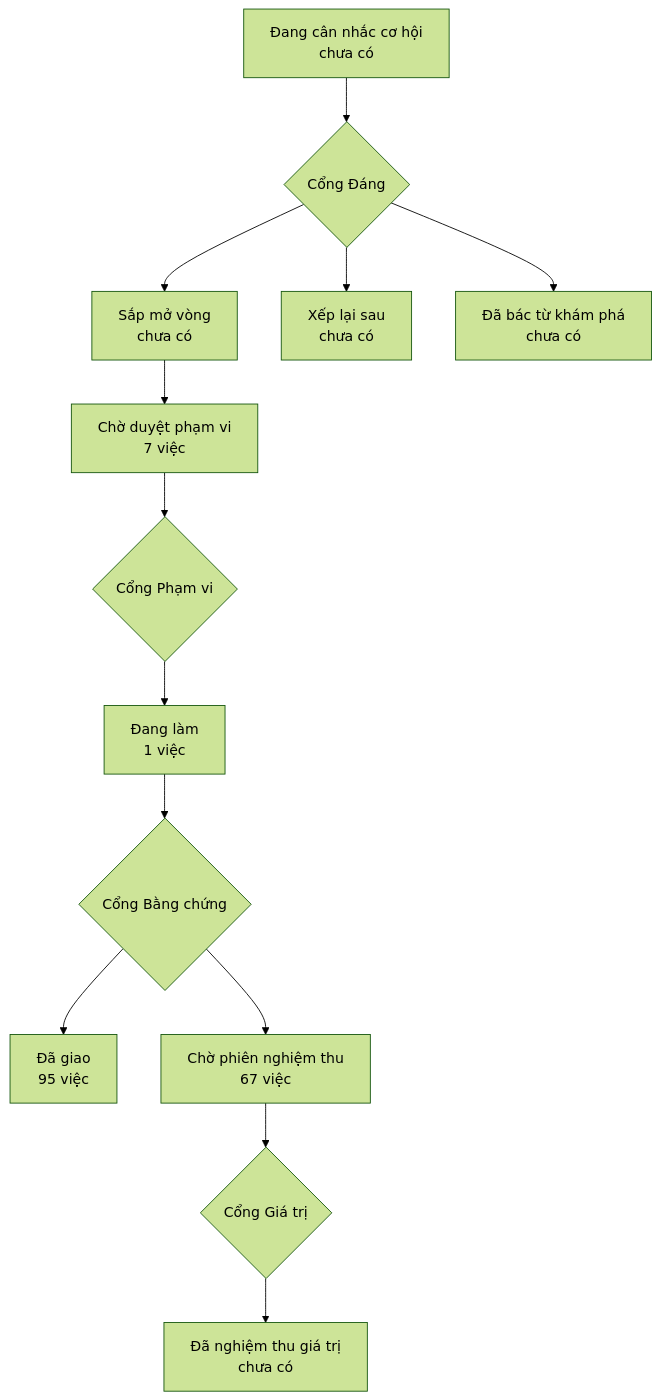
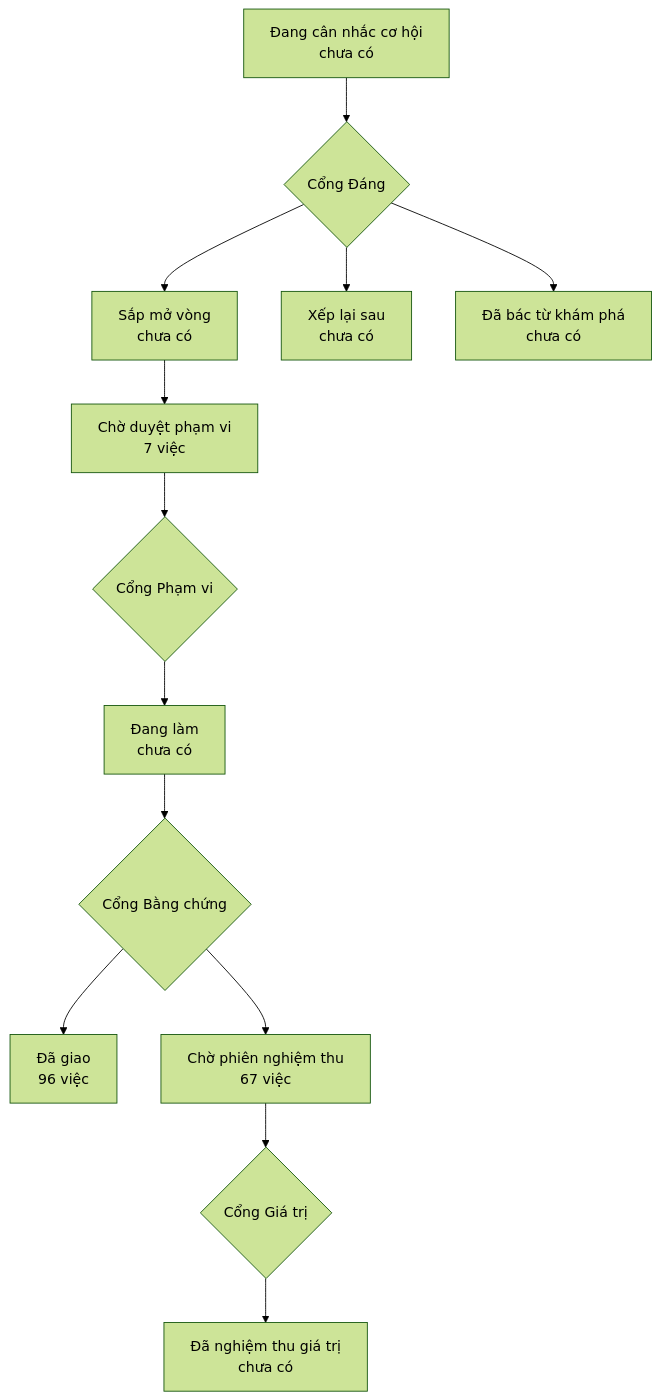
Before and after one commit to phanlemanh/onehub-invest: the diagram in PRODUCT-MAP.md, drawn with Mermaid (forest theme). The commit also changed other lines of this file and 4 other files, not shown here.

````diff
--- a/PRODUCT-MAP.md
+++ b/PRODUCT-MAP.md
@@ -7,12 +7,12 @@
 ```mermaid
 flowchart TD
   A["Đang cân nhắc cơ hội<br/>chưa có"] --> GD{"Cổng Đáng"}
   GD --> B["Sắp mở vòng<br/>chưa có"]
   GD --> XL["Xếp lại sau<br/>chưa có"]
   GD --> DB["Đã bác từ khám phá<br/>chưa có"]
   B --> CD["Chờ duyệt phạm vi<br/>7 việc"] --> GP{"Cổng Phạm vi"}
-  GP --> DL["Đang làm<br/>1 việc"] --> GB{"Cổng Bằng chứng"}
-  GB --> DG["Đã giao<br/>95 việc"]
+  GP --> DL["Đang làm<br/>chưa có"] --> GB{"Cổng Bằng chứng"}
+  GB --> DG["Đã giao<br/>96 việc"]
   GB --> CN["Chờ phiên nghiệm thu<br/>67 việc"] --> GG{"Cổng Giá trị"}
   GG --> NT["Đã nghiệm thu giá trị<br/>chưa có"]
 ```
````
